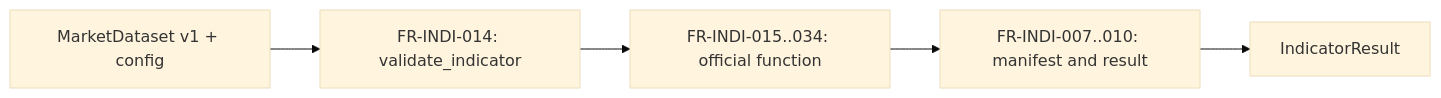
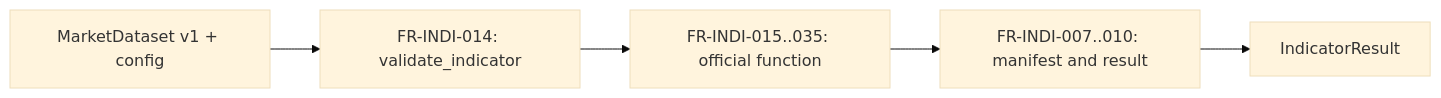
The third of 7 diagrams in app/services/indicators/README.md (haruperi/HaruQuantAI), drawn with Mermaid (base theme) before and after one commit. The commit also changed other lines of this file and 63 other files, not shown here.

````diff
--- a/app/services/indicators/README.md
+++ b/app/services/indicators/README.md
@@ -421,9 +432,9 @@
 ```mermaid
 flowchart LR
     A[MarketDataset v1 + config]
     B["FR-INDI-014: validate_indicator"]
-    C["FR-INDI-015..034: official function"]
+    C["FR-INDI-015..035: official function"]
     D["FR-INDI-007..010: manifest and result"]
     E[IndicatorResult]
     A --> B --> C --> D --> E
 ```
````
